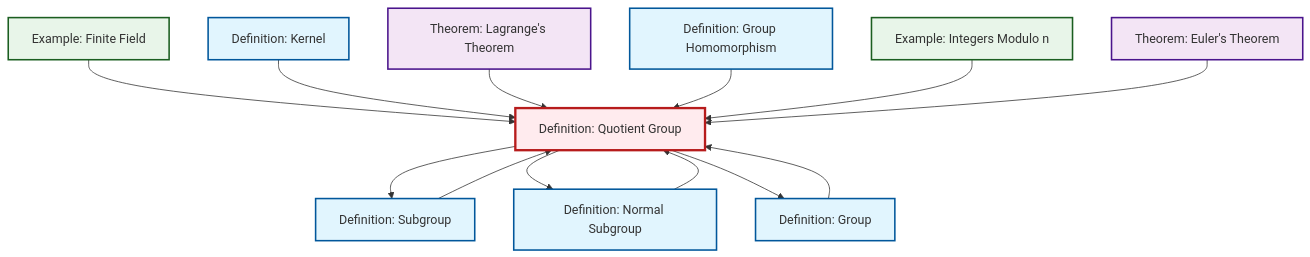
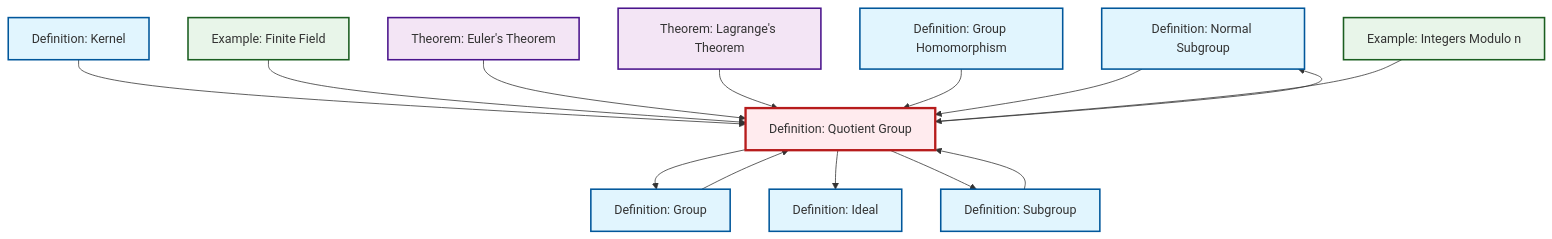
One commit to RK0429/ModernMath changed the diagram in content/ja/algebra/def-quotient-group.qmd. Above: the diagram before and after it, drawn with Mermaid. The commit also changed 530 other files, not shown here.

````diff
--- a/content/ja/algebra/def-quotient-group.qmd
+++ b/content/ja/algebra/def-quotient-group.qmd
@@ -140,41 +140,44 @@
 ```{mermaid}
 %%| fig-cap: "Local dependency graph"
 graph TD
     classDef definition fill:#e1f5fe,stroke:#01579b,stroke-width:2px
     classDef theorem fill:#f3e5f5,stroke:#4a148c,stroke-width:2px
     classDef axiom fill:#fff3e0,stroke:#e65100,stroke-width:2px
     classDef example fill:#e8f5e9,stroke:#1b5e20,stroke-width:2px
     classDef current fill:#ffebee,stroke:#b71c1c,stroke-width:3px
+    def-ideal["Definition: Ideal"]:::definition
+    def-normal-subgroup["Definition: Normal Subgroup"]:::definition
+    def-subgroup["Definition: Subgroup"]:::definition
+    thm-euler["Theorem: Euler's Theorem"]:::theorem
+    ex-finite-field["Example: Finite Field"]:::example
+    def-kernel["Definition: Kernel"]:::definition
+    def-group["Definition: Group"]:::definition
+    def-homomorphism["Definition: Group Homomorphism"]:::definition
     def-quotient-group["Definition: Quotient Group"]:::definition
-    def-normal-subgroup["Definition: Normal Subgroup"]:::definition
-    def-homomorphism["Definition: Group Homomorphism"]:::definition
-    def-kernel["Definition: Kernel"]:::definition
     thm-lagrange["Theorem: Lagrange's Theorem"]:::theorem
     ex-quotient-integers-mod-n["Example: Integers Modulo n"]:::example
-    def-subgroup["Definition: Subgroup"]:::definition
-    ex-finite-field["Example: Finite Field"]:::example
-    def-group["Definition: Group"]:::definition
-    thm-euler["Theorem: Euler's Theorem"]:::theorem
+    def-kernel --> def-quotient-group
+    def-quotient-group --> def-group
+    def-quotient-group --> def-ideal
+    ex-finite-field --> def-quotient-group
+    thm-euler --> def-quotient-group
+    def-subgroup --> def-quotient-group
+    def-group --> def-quotient-group
+    thm-lagrange --> def-quotient-group
+    def-homomorphism --> def-quotient-group
     def-quotient-group --> def-subgroup
-    ex-finite-field --> def-quotient-group
-    def-kernel --> def-quotient-group
     def-normal-subgroup --> def-quotient-group
-    def-subgroup --> def-quotient-group
-    thm-lagrange --> def-quotient-group
+    ex-quotient-integers-mod-n --> def-quotient-group
     def-quotient-group --> def-normal-subgroup
-    def-homomorphism --> def-quotient-group
-    def-group --> def-quotient-group
-    ex-quotient-integers-mod-n --> def-quotient-group
-    def-quotient-group --> def-group
-    thm-euler --> def-quotient-group
     class def-quotient-group current
+    click def-ideal "def-ideal.html" "Definition: Idealへ"
     click def-normal-subgroup "def-normal-subgroup.html" "Definition: Normal Subgroupへ"
+    click def-subgroup "def-subgroup.html" "Definition: Subgroupへ"
+    click thm-euler "thm-euler.html" "Theorem: Euler's Theoremへ"
+    click ex-finite-field "ex-finite-field.html" "Example: Finite Fieldへ"
+    click def-kernel "def-kernel.html" "Definition: Kernelへ"
+    click def-group "def-group.html" "Definition: Groupへ"
     click def-homomorphism "def-homomorphism.html" "Definition: Group Homomorphismへ"
-    click def-kernel "def-kernel.html" "Definition: Kernelへ"
     click thm-lagrange "thm-lagrange.html" "Theorem: Lagrange's Theoremへ"
     click ex-quotient-integers-mod-n "ex-quotient-integers-mod-n.html" "Example: Integers Modulo nへ"
-    click def-subgroup "def-subgroup.html" "Definition: Subgroupへ"
-    click ex-finite-field "ex-finite-field.html" "Example: Finite Fieldへ"
-    click def-group "def-group.html" "Definition: Groupへ"
-    click thm-euler "thm-euler.html" "Theorem: Euler's Theoremへ"
 ```
````
